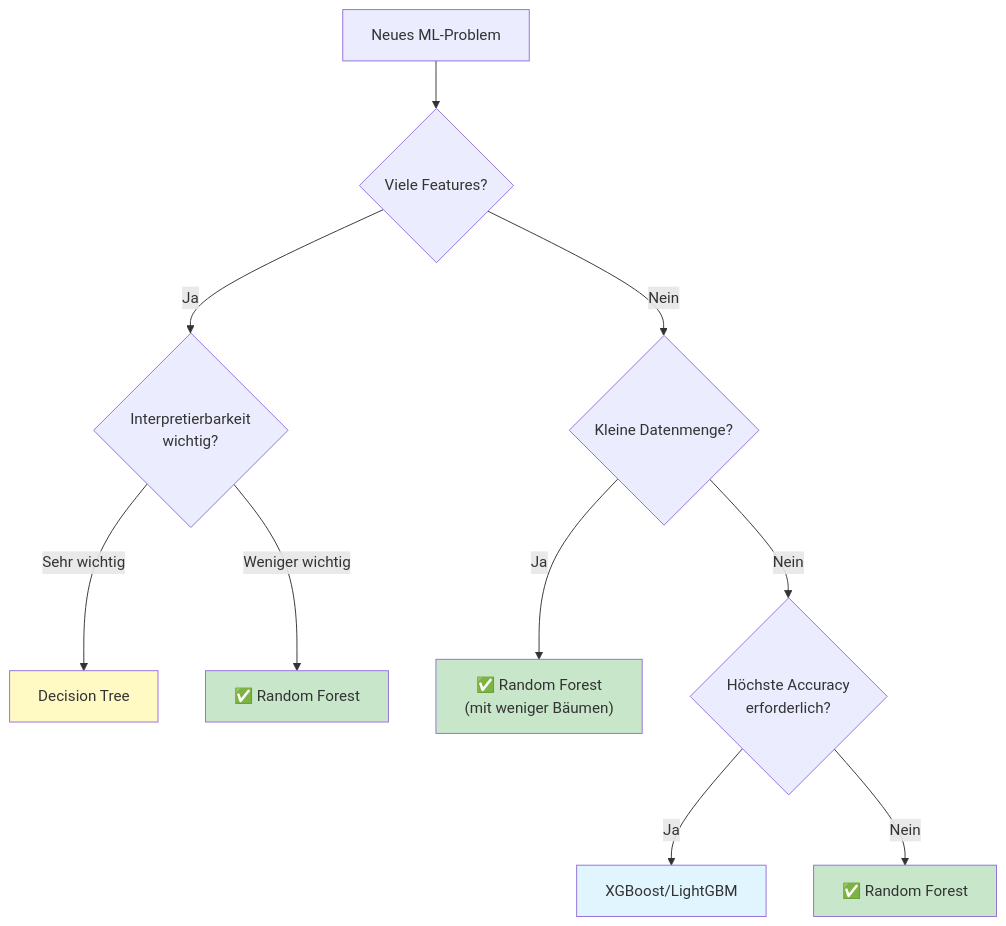
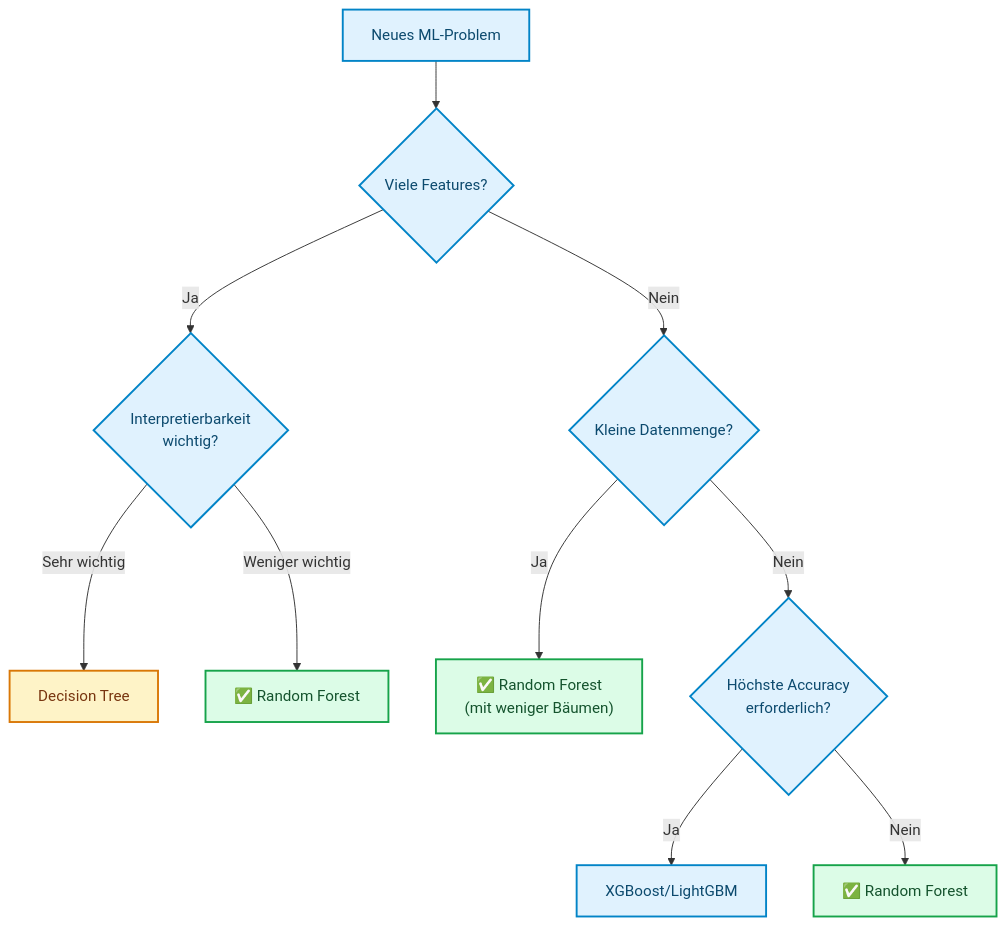
The fifth of 5 diagrams in docs/concepts/modeling/random-forest.md (ralf-42/ML_Intro), drawn with Mermaid before and after one commit. The commit also changed other lines of this file and 67 other files, not shown here.

````diff
--- a/docs/concepts/modeling/random-forest.md
+++ b/docs/concepts/modeling/random-forest.md
@@ -342,22 +342,22 @@
 ```mermaid
 flowchart TD
     Start["Neues ML-Problem"] --> Q1{"Viele Features?"}
     
     Q1 -->|Ja| Q2{"Interpretierbarkeit<br/>wichtig?"}
     Q1 -->|Nein| Q3{"Kleine Datenmenge?"}
     
     Q2 -->|Sehr wichtig| DT["Decision Tree"]
     Q2 -->|Weniger wichtig| RF1["✅ Random Forest"]
     
     Q3 -->|Ja| RF2["✅ Random Forest<br/>(mit weniger Bäumen)"]
     Q3 -->|Nein| Q4{"Höchste Accuracy<br/>erforderlich?"}
     
     Q4 -->|Ja| XGB["XGBoost/LightGBM"]
     Q4 -->|Nein| RF3["✅ Random Forest"]
-    
-    style RF1 fill:#c8e6c9
-    style RF2 fill:#c8e6c9
-    style RF3 fill:#c8e6c9
-    style DT fill:#fff9c4
-    style XGB fill:#e1f5fe
+
+    classDef default fill:#e0f2fe,stroke:#0284c7,stroke-width:2px,color:#0c4a6e;
+    classDef metric fill:#fef3c7,stroke:#d97706,stroke-width:2px,color:#78350f;
+    classDef output fill:#dcfce7,stroke:#16a34a,stroke-width:2px,color:#14532d;
+    class DT metric;
+    class RF1,RF2,RF3 output;
 ```
````
